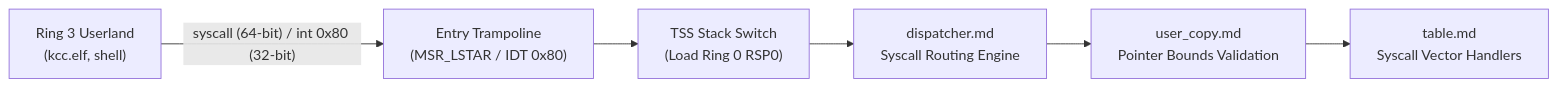
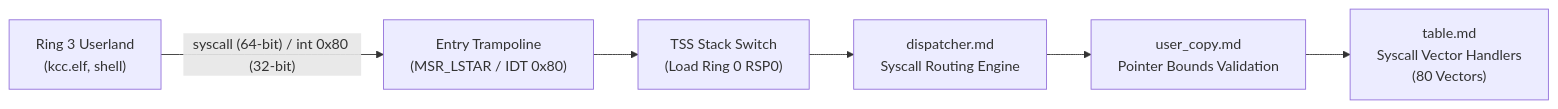
The diagram in docs/syscall/README.md (mrvlous/keira), drawn with Mermaid before and after one commit. The commit also changed 8 other files, not shown here.

Commit message:
fix(syscall): synchronize vector constants and documentation metrics

````diff
--- a/docs/syscall/README.md
+++ b/docs/syscall/README.md
@@ -11,8 +11,8 @@
 ```mermaid
 graph LR
     User["Ring 3 Userland<br/>(kcc.elf, shell)"] -->|"syscall (64-bit) / int 0x80 (32-bit)"| Entry["Entry Trampoline<br/>(MSR_LSTAR / IDT 0x80)"]
     Entry --> TSS["TSS Stack Switch<br/>(Load Ring 0 RSP0)"]
     TSS --> Dispatch["dispatcher.md<br/>Syscall Routing Engine"]
     Dispatch --> Valid["user_copy.md<br/>Pointer Bounds Validation"]
-    Valid --> Table["table.md<br/>Syscall Vector Handlers"]
+    Valid --> Table["table.md<br/>Syscall Vector Handlers<br/>(80 Vectors)"]
 ```
````
